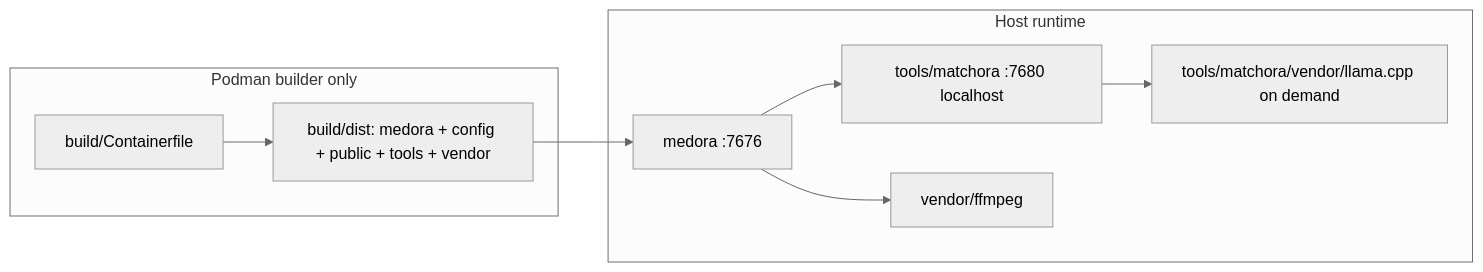
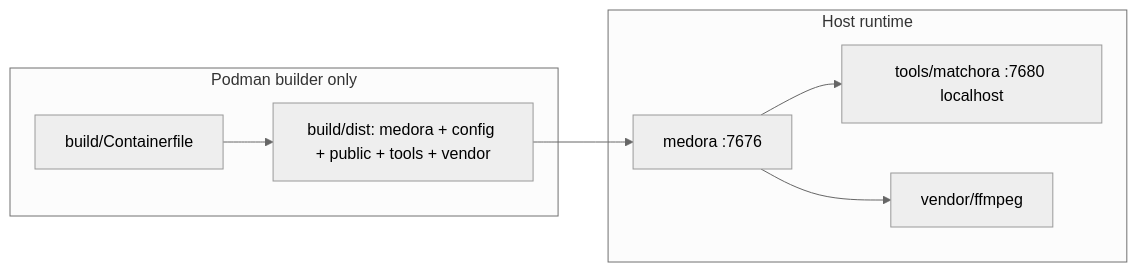
The diagram in docs/architecture.md (AlyShmahell/ServeMedia), drawn with Mermaid (neutral theme) before and after one commit. The commit also changed other lines of this file and 39 other files, not shown here.

Commit message:
One archive, Matchora 0.0.4 (no llama.cpp), better playback.

````diff
--- a/docs/architecture.md
+++ b/docs/architecture.md
@@ -5,13 +5,12 @@
 ```mermaid
 flowchart LR
   subgraph build [Podman builder only]
     CF[build/Containerfile]
     CF --> Dist["build/dist: medora + config + public + tools + vendor"]
   end
   subgraph host [Host runtime]
     Dist --> Medora[medora :7676]
     Medora --> Matchora["tools/matchora :7680 localhost"]
     Medora --> FFmpeg["vendor/ffmpeg"]
-    Matchora --> Llama["tools/matchora/vendor/llama.cpp on demand"]
   end
 ```
````
